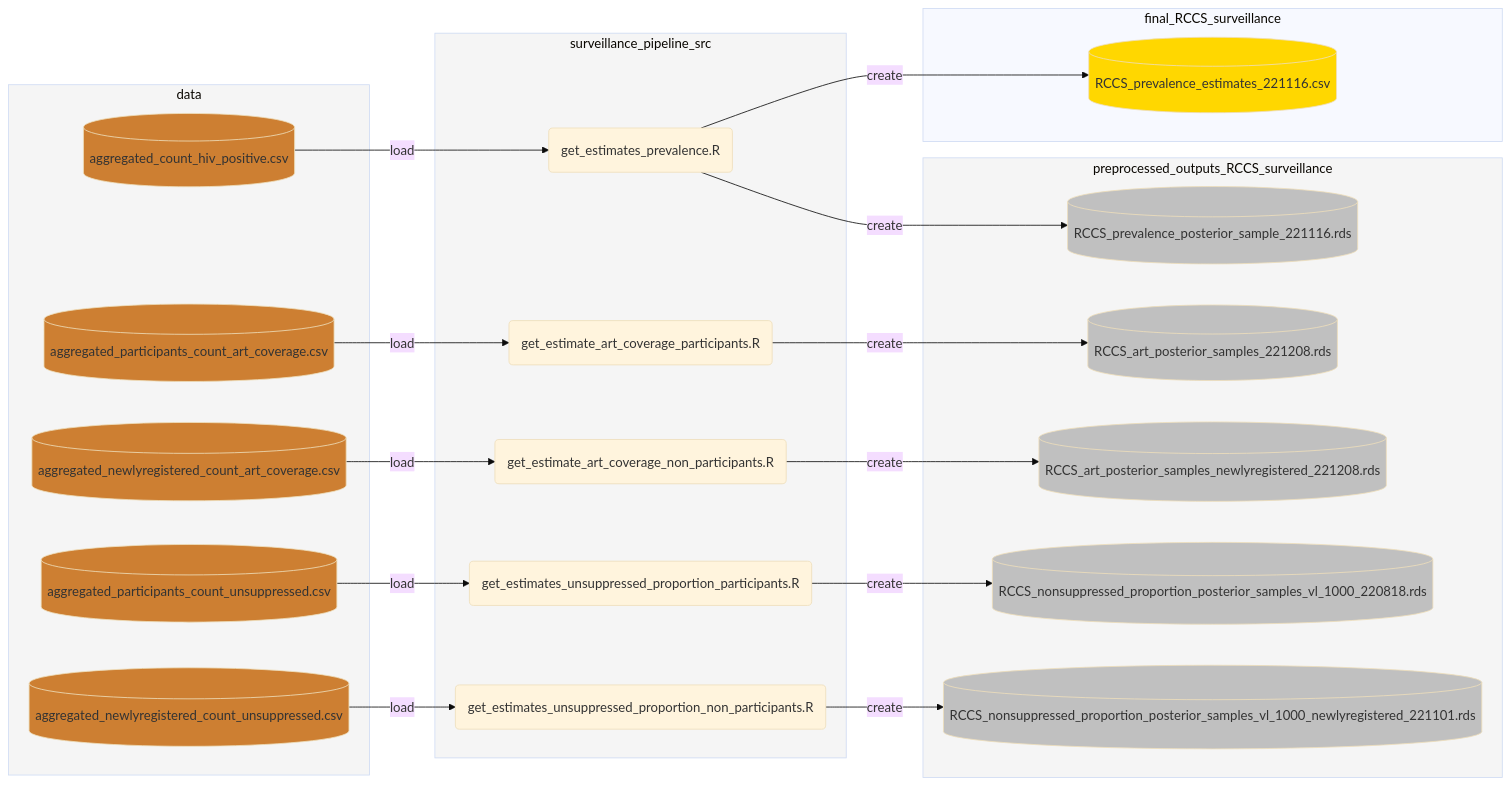
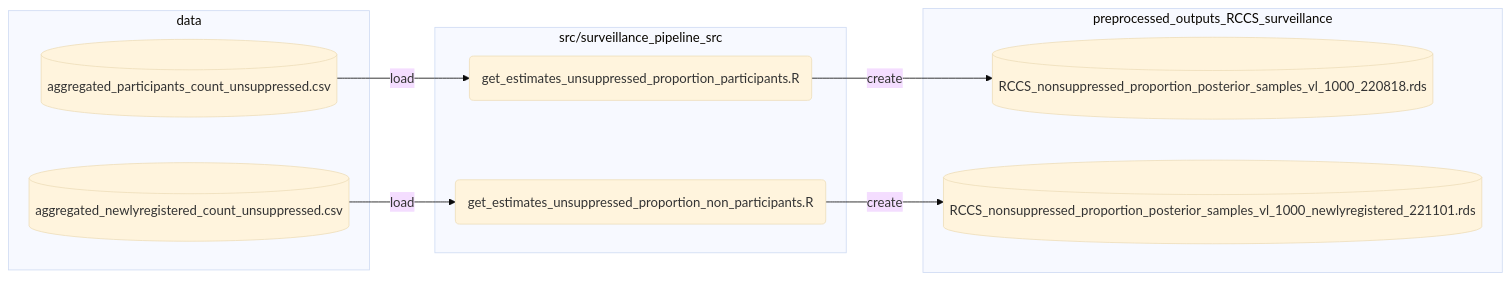
One commit to MLGlobalHealth/phyloSI-RakaiAgeGender changed the third of 4 diagrams in docs/README.md. Above: the diagram before and after it, drawn with Mermaid (base theme). The commit also changed other lines of this file and 1 other file, not shown here.

Commit message:
[update] README and improve flowcharts

````diff
--- a/docs/README.md
+++ b/docs/README.md
@@ -5,62 +101,23 @@
 ```mermaid
   flowchart LR
     subgraph data
-      d5[(aggregated_count_hiv_positive.csv)]
-      d1[(aggregated_participants_count_art_coverage.csv)]
-      d2[(aggregated_newlyregistered_count_art_coverage.csv)]
       d3[(aggregated_participants_count_unsuppressed.csv)]
       d4[(aggregated_newlyregistered_count_unsuppressed.csv)]
     end
-    style d1 fill:#CD7F32
-    style d2 fill:#CD7F32
-    style d3 fill:#CD7F32
-    style d4 fill:#CD7F32
-    style d5 fill:#CD7F32
-    style data fill:#F5F5F5
 
-    subgraph surveillance_pipeline_src
-      r5(get_estimates_prevalence.R)
-      r1(get_estimate_art_coverage_participants.R)
-      r2(get_estimate_art_coverage_non_participants.R)
+    subgraph src/surveillance_pipeline_src
       r3(get_estimates_unsuppressed_proportion_participants.R)
       r4(get_estimates_unsuppressed_proportion_non_participants.R)
     end
-    style surveillance_pipeline_src fill:#F5F5F5
 
     subgraph preprocessed_outputs_RCCS_surveillance
-      f5[(RCCS_prevalence_posterior_sample_221116.rds)]
-      
-      f1[(RCCS_art_posterior_samples_221208.rds)]
-      f2[(RCCS_art_posterior_samples_newlyregistered_221208.rds)] 
       f3[(RCCS_nonsuppressed_proportion_posterior_samples_vl_1000_220818.rds)]
       f4[(RCCS_nonsuppressed_proportion_posterior_samples_vl_1000_newlyregistered_221101.rds)]      
     end
-
-    subgraph final_RCCS_surveillance
-      f6[(RCCS_prevalence_estimates_221116.csv)]
-    end
-
-    style f1 fill:#C0C0C0
-    style f2 fill:#C0C0C0
-    style f3 fill:#C0C0C0
-    style f4 fill:#C0C0C0
-    style f5 fill:#C0C0C0
-    style f6 fill:#FFD700
-    style preprocessed_outputs_RCCS_surveillance fill:#F5F5F5
-
-    d1 -- load --> r1
-    r1 -- create --> f1
-
-    d2 -- load --> r2
-    r2 -- create --> f2
 
     d3 -- load --> r3
     r3 -- create --> f3
 
     d4 -- load --> r4
     r4 -- create --> f4
-
-    d5 -- load --> r5
-    r5 -- create --> f5
-    r5 -- create --> f6
 ```
````
